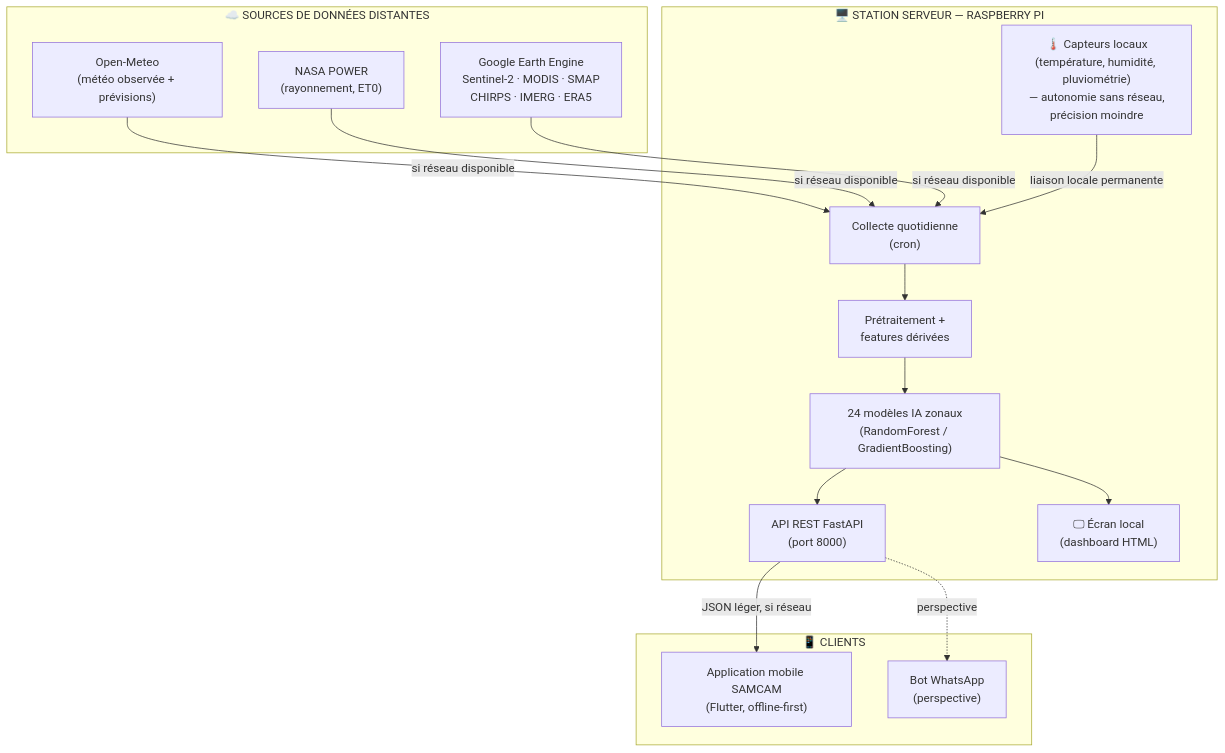
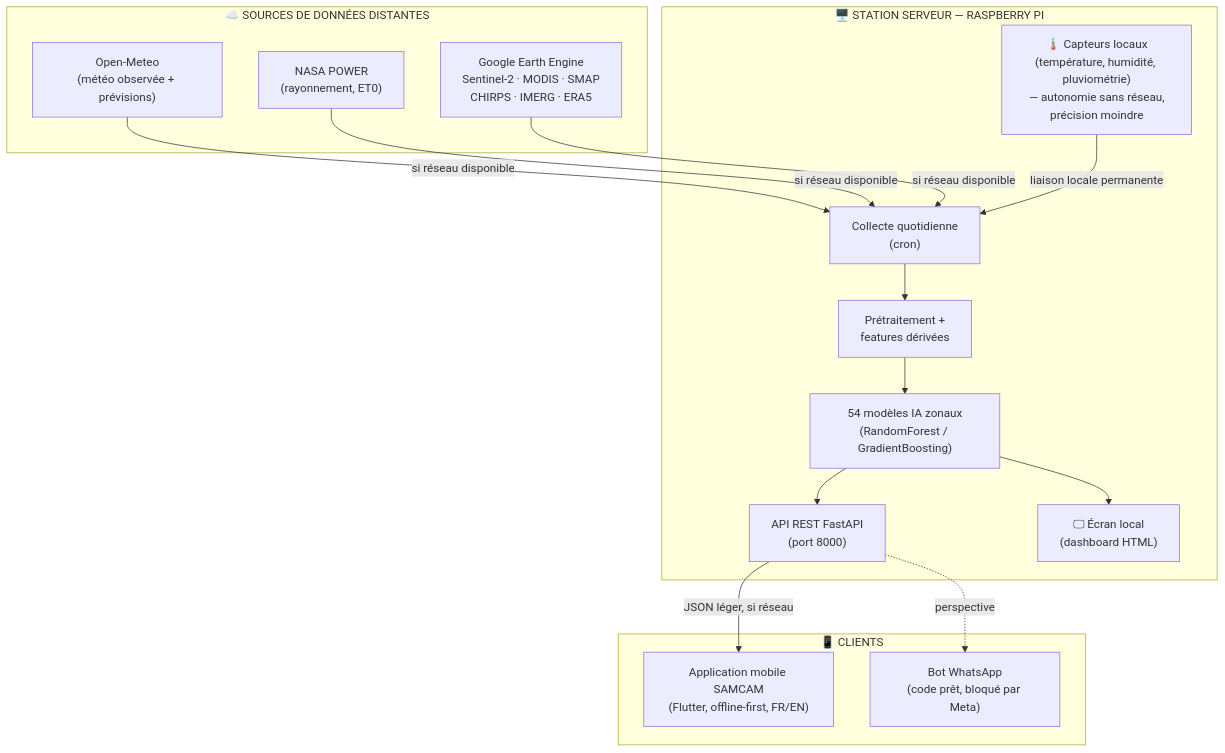
Before and after one commit to jeremygeorgesdurand-dev/SAMCAM: the first of 5 diagrams in docs/RAPPORT_SAMCAM.md, drawn with Mermaid. The commit also changed other lines of this file and 3 other files, not shown here.

````diff
--- a/docs/RAPPORT_SAMCAM.md
+++ b/docs/RAPPORT_SAMCAM.md
@@ -92,31 +111,31 @@
 ```mermaid
 flowchart TB
     subgraph SOURCES["☁️ SOURCES DE DONNÉES DISTANTES"]
         OM["Open-Meteo<br/>(météo observée + prévisions)"]
         NASA["NASA POWER<br/>(rayonnement, ET0)"]
         GEE["Google Earth Engine<br/>Sentinel-2 · MODIS · SMAP<br/>CHIRPS · IMERG · ERA5"]
     end
 
     subgraph STATION["🖥️ STATION SERVEUR — RASPBERRY PI"]
         CAPTEURS["🌡️ Capteurs locaux<br/>(température, humidité, pluviométrie)<br/>— autonomie sans réseau,<br/>précision moindre"]
         COLLECTE["Collecte quotidienne<br/>(cron)"]
         PIPELINE["Prétraitement +<br/>features dérivées"]
-        IA["24 modèles IA zonaux<br/>(RandomForest / GradientBoosting)"]
+        IA["54 modèles IA zonaux<br/>(RandomForest / GradientBoosting)"]
         API["API REST FastAPI<br/>(port 8000)"]
         ECRAN["🖵 Écran local<br/>(dashboard HTML)"]
     end
 
     subgraph CLIENTS["📱 CLIENTS"]
-        APP["Application mobile SAMCAM<br/>(Flutter, offline-first)"]
-        WA["Bot WhatsApp<br/>(perspective)"]
+        APP["Application mobile SAMCAM<br/>(Flutter, offline-first, FR/EN)"]
+        WA["Bot WhatsApp<br/>(code prêt, bloqué par Meta)"]
     end
 
     OM -->|"si réseau disponible"| COLLECTE
     NASA -->|"si réseau disponible"| COLLECTE
     GEE -->|"si réseau disponible"| COLLECTE
     CAPTEURS -->|"liaison locale permanente"| COLLECTE
     COLLECTE --> PIPELINE --> IA --> API
     IA --> ECRAN
     API -->|"JSON léger, si réseau"| APP
     API -.->|"perspective"| WA
 ```
````
